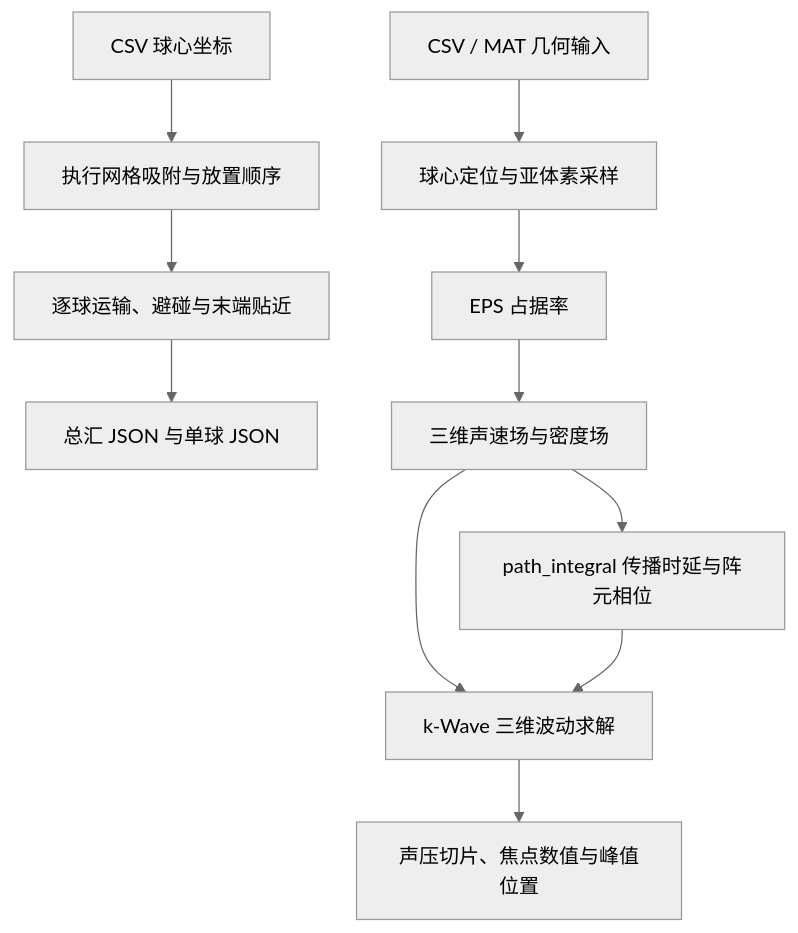
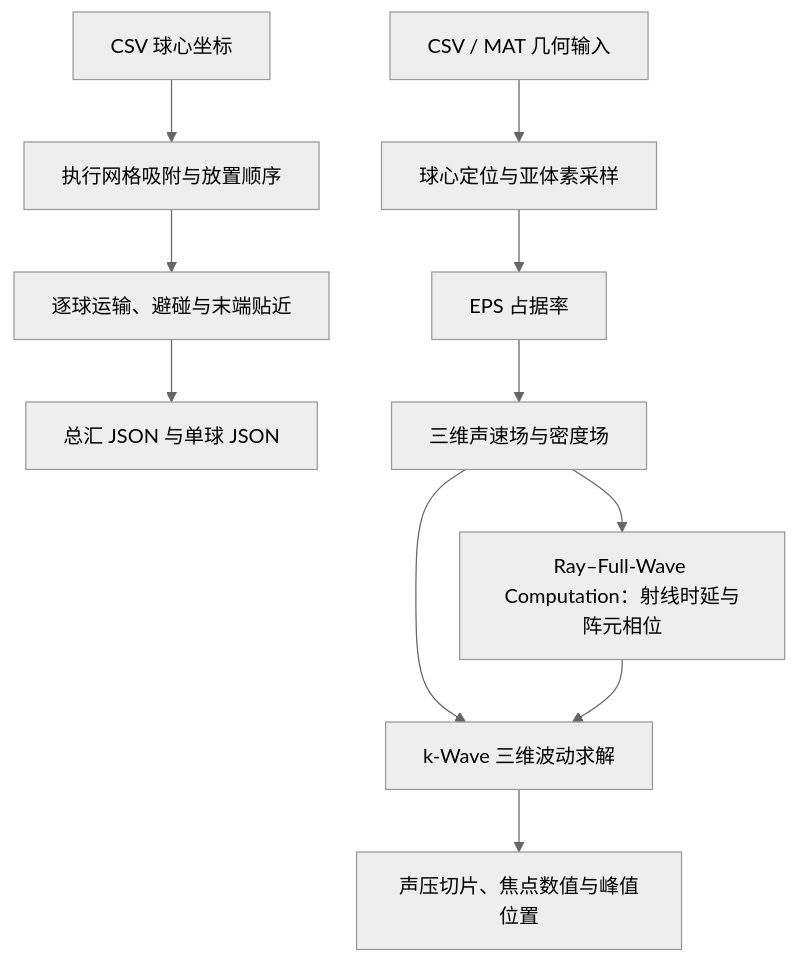
One commit to guangcheng699-wq/ray-full-wave-computation changed the diagram in README.md. Above: the diagram before and after it, drawn with Mermaid (neutral theme). The commit also changed other lines of this file and 6 other files, not shown here.

Commit message:
Fix README formula rendering and unify Ray–Full-Wave Computation naming

````diff
--- a/README.md
+++ b/README.md
@@ -50,13 +52,13 @@
 ```mermaid
 flowchart TD
     A["CSV 球心坐标"] --> B["执行网格吸附与放置顺序"]
     B --> C["逐球运输、避碰与末端贴近"]
     C --> D["总汇 JSON 与单球 JSON"]
     E["CSV / MAT 几何输入"] --> F["球心定位与亚体素采样"]
     F --> G["EPS 占据率"]
     G --> H["三维声速场与密度场"]
-    H --> I["path_integral 传播时延与阵元相位"]
+    H --> I["Ray–Full-Wave Computation：射线时延与阵元相位"]
     H --> J["k-Wave 三维波动求解"]
     I --> J
     J --> K["声压切片、焦点数值与峰值位置"]
 ```
````
